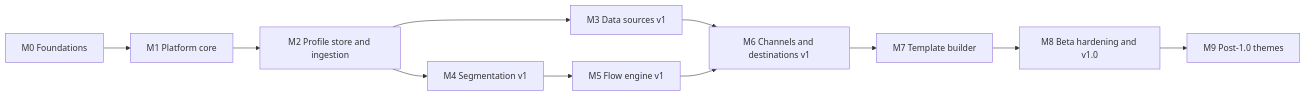
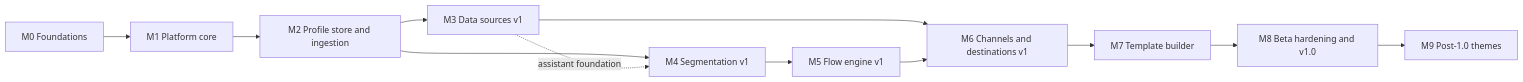
One commit to Glubiz/zirv-flow changed the diagram in docs/roadmap.md. Above: the diagram before and after it, drawn with Mermaid. The commit also changed other lines of this file and 4 other files, not shown here.

````diff
--- a/docs/roadmap.md
+++ b/docs/roadmap.md
@@ -33,13 +33,14 @@
 ```mermaid
 flowchart LR
   M0[M0 Foundations] --> M1[M1 Platform core]
   M1 --> M2[M2 Profile store and ingestion]
   M2 --> M3[M3 Data sources v1]
   M2 --> M4[M4 Segmentation v1]
+  M3 -. assistant foundation .-> M4
   M4 --> M5[M5 Flow engine v1]
   M3 --> M6[M6 Channels and destinations v1]
   M5 --> M6
   M6 --> M7[M7 Template builder]
   M7 --> M8[M8 Beta hardening and v1.0]
   M8 --> M9[M9 Post-1.0 themes]
 ```
````
